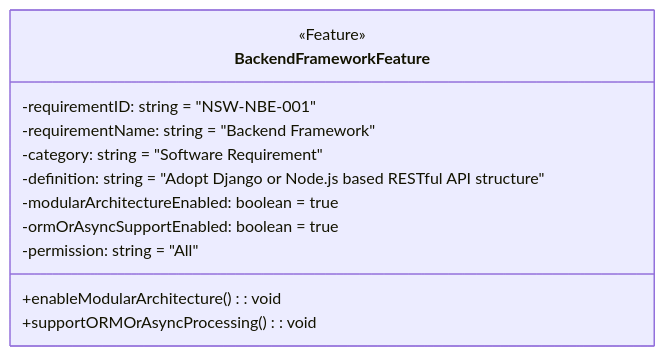
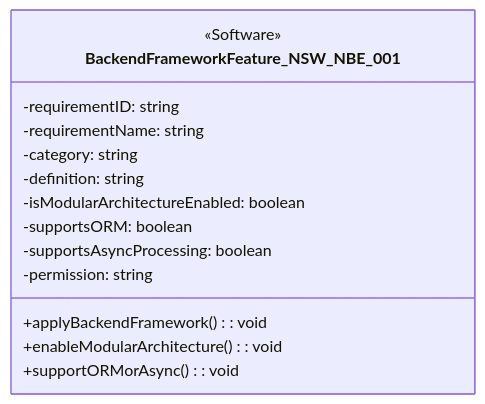
Diagram 21 of 32 in 1. Requirement Analysis/Software Requirements Specification.md (sun922/University-SoftwareDesign), drawn with Mermaid before and after one commit. The commit also changed other lines of this file, not shown here.

First line of the commit message:
Update Software Requirements Specification.md

````diff
--- a/1. Requirement Analysis/Software Requirements Specification.md
+++ b/1. Requirement Analysis/Software Requirements Specification.md
@@ -644,17 +650,18 @@
 ```mermaid
 classDiagram
-    class BackendFrameworkFeature {
-        <<Feature>>
-        -requirementID: string = "NSW-NBE-001"
-        -requirementName: string = "Backend Framework"
-        -category: string = "Software Requirement"
-        -definition: string = "Adopt Django or Node.js based RESTful API structure"
-        -modularArchitectureEnabled: boolean = true
-        -ormOrAsyncSupportEnabled: boolean = true
-        -permission: string = "All"
+    class BackendFrameworkFeature_NSW_NBE_001 {
+        <<Software>>
+        -requirementID: string
+        -requirementName: string
+        -category: string
+        -definition: string
+        -isModularArchitectureEnabled: boolean
+        -supportsORM: boolean
+        -supportsAsyncProcessing: boolean
+        -permission: string
 
+        +applyBackendFramework(): void
         +enableModularArchitecture(): void
-        +supportORMOrAsyncProcessing(): void
+        +supportORMorAsync(): void
     }
-
 ```
````
